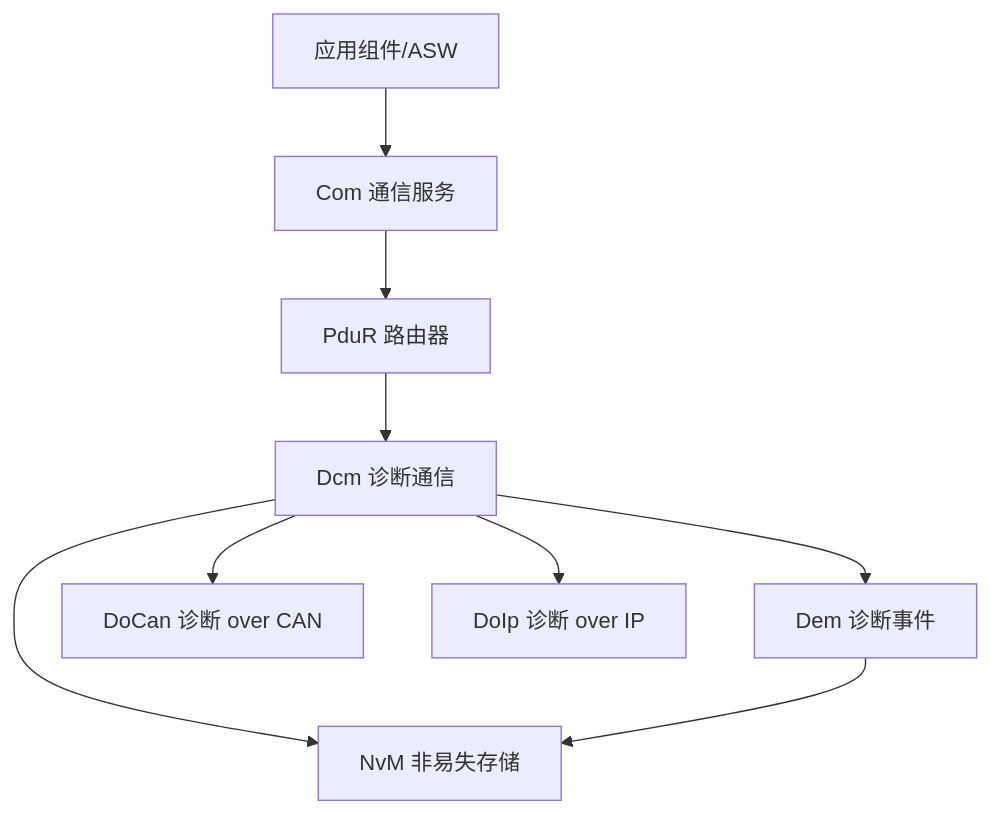
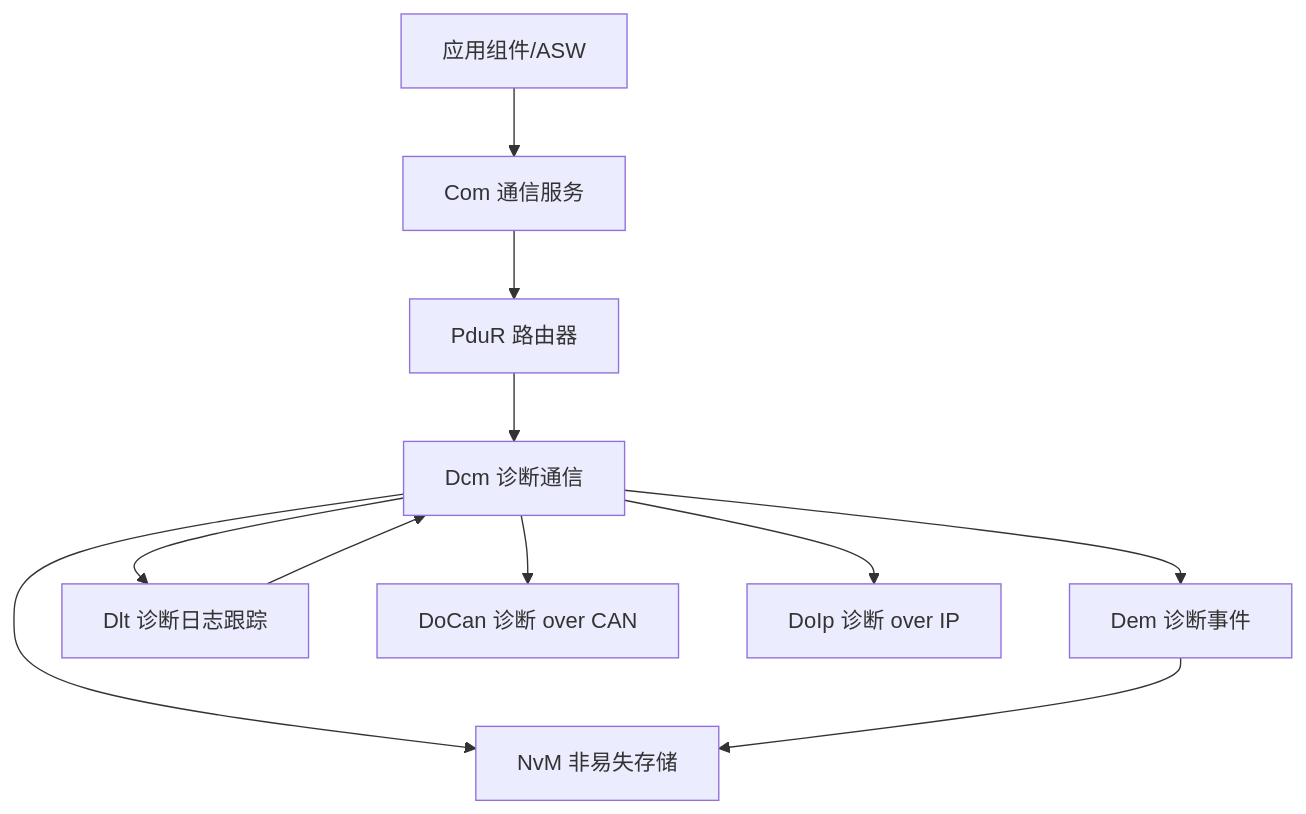
One commit to frisky1985/yuleASR changed the second of 9 diagrams in .qoder/repowiki/zh/content/服务层/服务层.md. Above: the diagram before and after it, drawn with Mermaid. The commit also changed other lines of this file and 4 other files, not shown here.

````diff
--- a/.qoder/repowiki/zh/content/服务层/服务层.md
+++ b/.qoder/repowiki/zh/content/服务层/服务层.md
@@ -110,19 +129,22 @@
 ```mermaid
 graph TB
 APP["应用组件/ASW"]
 COM["Com 通信服务"]
 PDUR["PduR 路由器"]
 DCM["Dcm 诊断通信"]
 DEM["Dem 诊断事件"]
+DLT["Dlt 诊断日志跟踪"]
 DOCAN["DoCan 诊断 over CAN"]
 DOIP["DoIp 诊断 over IP"]
 NVM["NvM 非易失存储"]
 APP --> COM
 COM --> PDUR
 PDUR --> DCM
 DCM --> DEM
+DCM --> DLT
 DCM --> DOCAN
 DCM --> DOIP
 DCM --> NVM
 DEM --> NVM
+DLT --> DCM
 ```
````
